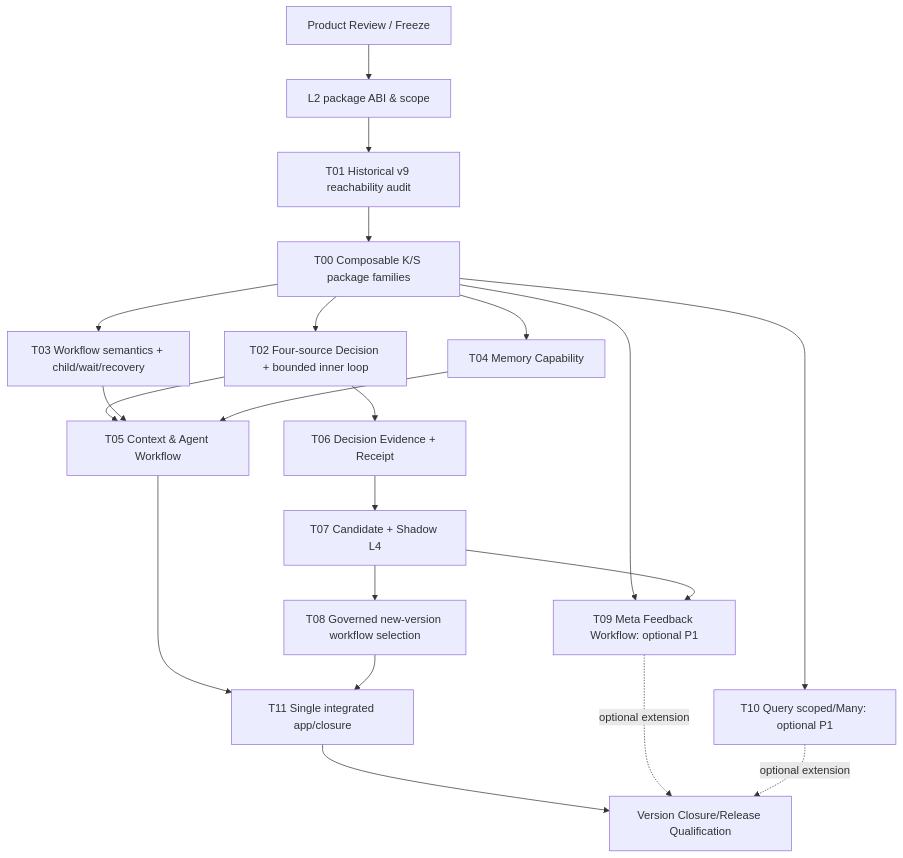
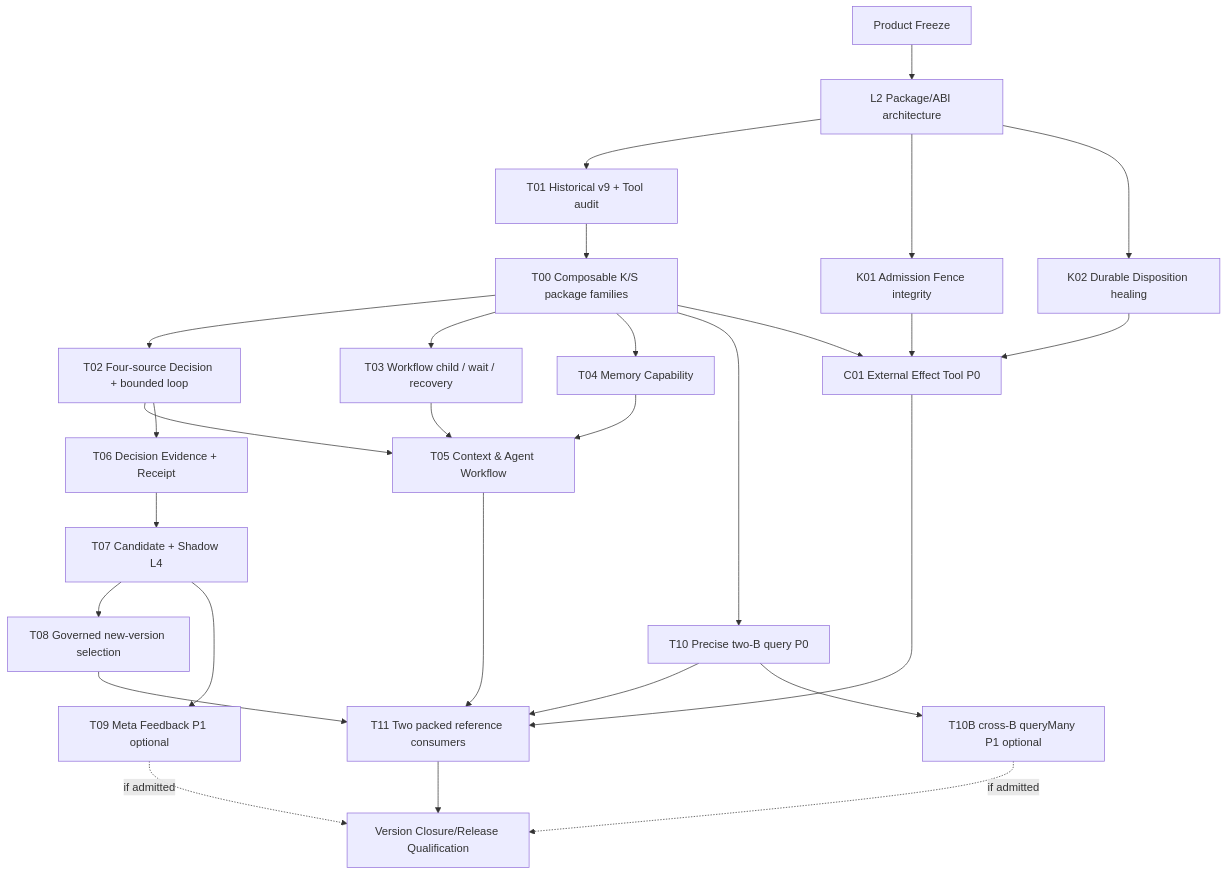
The diagram in docs/implementation/DomainHarness_v0.10_TASK_DAG_PROPOSAL.md (kaicreator-mm/domain-harness), drawn with Mermaid before and after one commit. The commit also changed other lines of this file, not shown here.

Commit message:
docs(v0.10): align candidate DAG to P0 Kernel safety, scoped query, external Tool and two consumers

````diff
--- a/docs/implementation/DomainHarness_v0.10_TASK_DAG_PROPOSAL.md
+++ b/docs/implementation/DomainHarness_v0.10_TASK_DAG_PROPOSAL.md
@@ -9,23 +9,30 @@
 ```mermaid
 flowchart TD
-  P[Product Review / Freeze] --> A[L2 package ABI & scope]
-  A --> B[T01 Historical v9 reachability audit]
+  P[Product Freeze] --> A[L2 Package/ABI architecture]
+  A --> B[T01 Historical v9 + Tool audit]
   B --> Z[T00 Composable K/S package families]
-  Z --> C[T02 Four-source Decision + bounded inner loop]
-  Z --> D[T03 Workflow semantics + child/wait/recovery]
+  A --> K1[K01 Admission Fence integrity]
+  A --> K2[K02 Durable Disposition healing]
+  Z --> C[T02 Four-source Decision + bounded loop]
+  Z --> D[T03 Workflow child / wait / recovery]
   Z --> E[T04 Memory Capability]
+  Z --> Q[T10 Precise two-B query P0]
+  K1 --> X[C01 External Effect Tool P0]
+  K2 --> X
+  Z --> X
   C --> F[T05 Context & Agent Workflow]
   D --> F
   E --> F
   C --> G[T06 Decision Evidence + Receipt]
   G --> H[T07 Candidate + Shadow L4]
-  H --> I[T08 Governed new-version workflow selection]
-  F --> J[T11 Single integrated app/closure]
+  H --> I[T08 Governed new-version selection]
+  F --> J[T11 Two packed reference consumers]
   I --> J
-  J --> K[Version Closure/Release Qualification]
-  Z --> L[T09 Meta Feedback Workflow: optional P1]
-  H --> L
-  Z --> M[T10 Query scoped/Many: optional P1]
-  L -. optional extension .-> K
-  M -. optional extension .-> K
+  Q --> J
+  X --> J
+  J --> R[Version Closure/Release Qualification]
+  H --> L[T09 Meta Feedback P1 optional]
+  Q --> M[T10B cross-B queryMany P1 optional]
+  L -. if admitted .-> R
+  M -. if admitted .-> R
 ```
````
